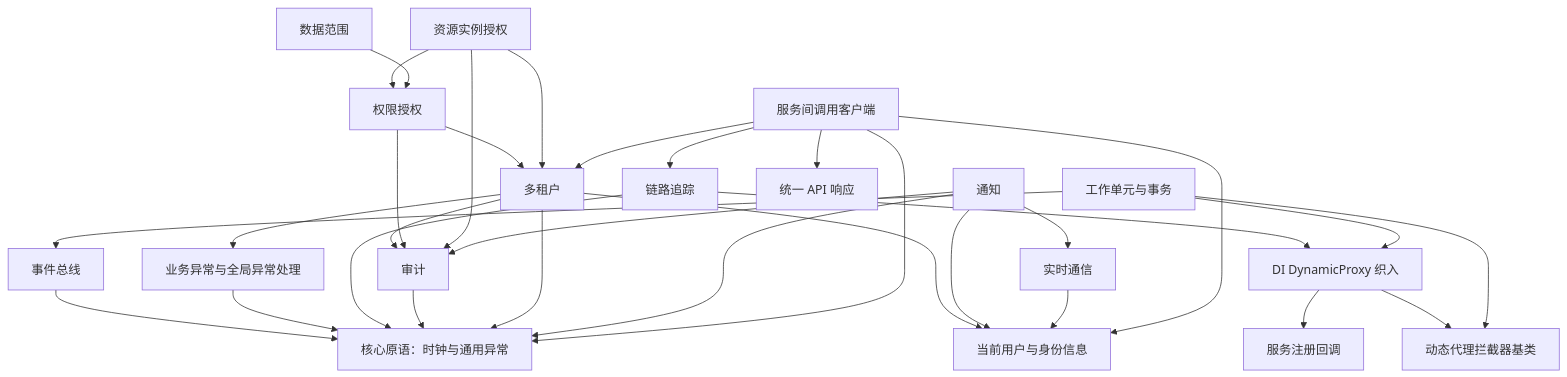
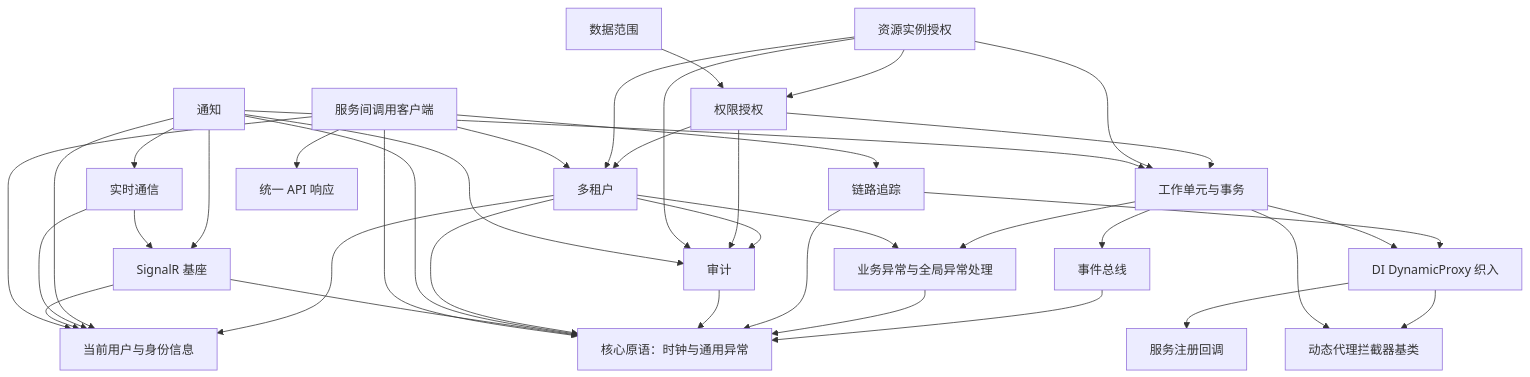
The diagram in framework/docs/components/README.md (zengqinglei/leistd-net), drawn with Mermaid before and after one commit. The commit also changed other lines of this file and 1014 other files, not shown here.

````diff
--- a/framework/docs/components/README.md
+++ b/framework/docs/components/README.md
@@ -34,37 +36,45 @@
 ```mermaid
 graph TD
     dependency-injection-dynamic-proxy[DI DynamicProxy 织入] --> dependency-injection[服务注册回调]
     dependency-injection-dynamic-proxy --> aop[动态代理拦截器基类]
 
     event-bus[事件总线] --> core[核心原语：时钟与通用异常]
     exception[业务异常与全局异常处理] --> core
     tracing[链路追踪] --> core
     tracing --> dependency-injection-dynamic-proxy
 
     unit-of-work[工作单元与事务] --> aop
     unit-of-work --> dependency-injection-dynamic-proxy
     unit-of-work --> event-bus
+    unit-of-work --> exception
 
     auditing[审计] --> core
     multiTenancy[多租户] --> core
     multiTenancy --> exception
     multiTenancy --> auditing
     multiTenancy --> security[当前用户与身份信息]
     authorization[权限授权] --> auditing
     authorization --> multiTenancy
+    authorization --> unit-of-work
     authorizationResource[资源实例授权] --> authorization
     authorizationResource --> auditing
     authorizationResource --> multiTenancy
+    authorizationResource --> unit-of-work
     authorizationDataScope[数据范围] --> authorization
     notifications[通知] --> core
     notifications --> auditing
     notifications --> security
+    notifications --> unit-of-work
     notifications --> realtime[实时通信]
+    notifications --> signalr[SignalR 基座]
     realtime --> security
+    realtime --> signalr
+    signalr --> core
+    signalr --> security
 
     serviceClient[服务间调用客户端] --> core
     serviceClient --> security
     serviceClient --> tracing
     serviceClient --> response[统一 API 响应]
     serviceClient --> multiTenancy
 ```
````
